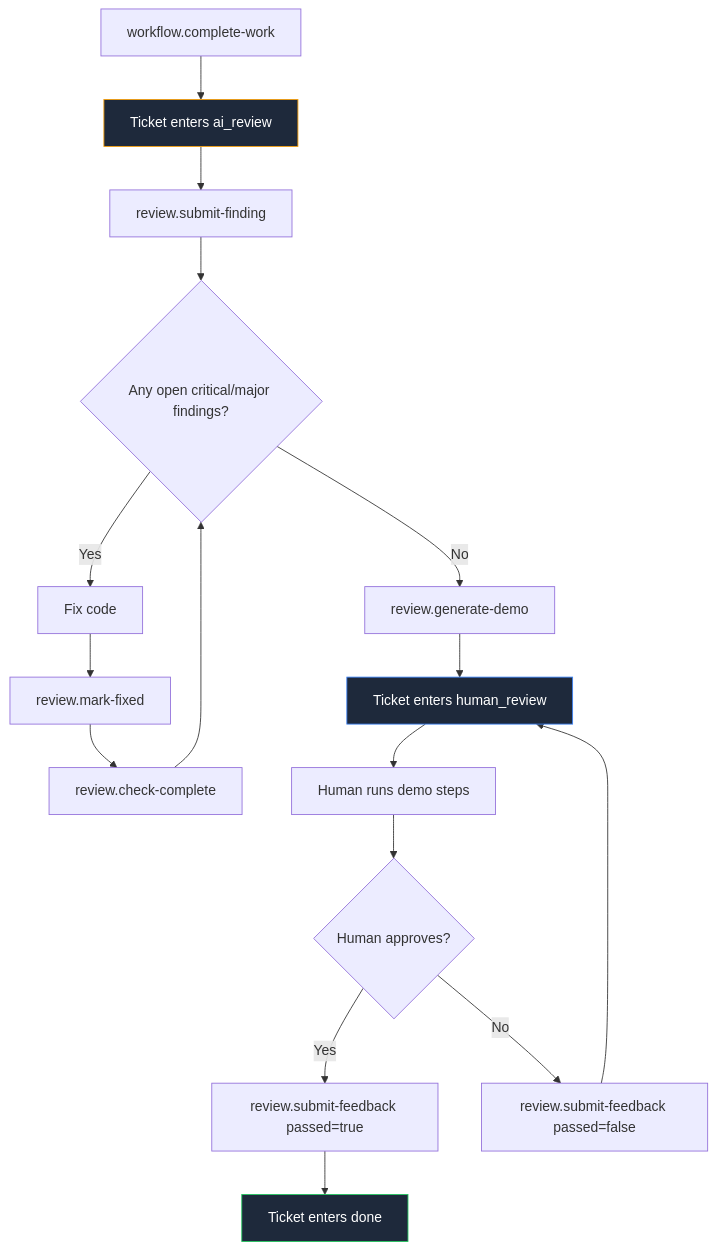
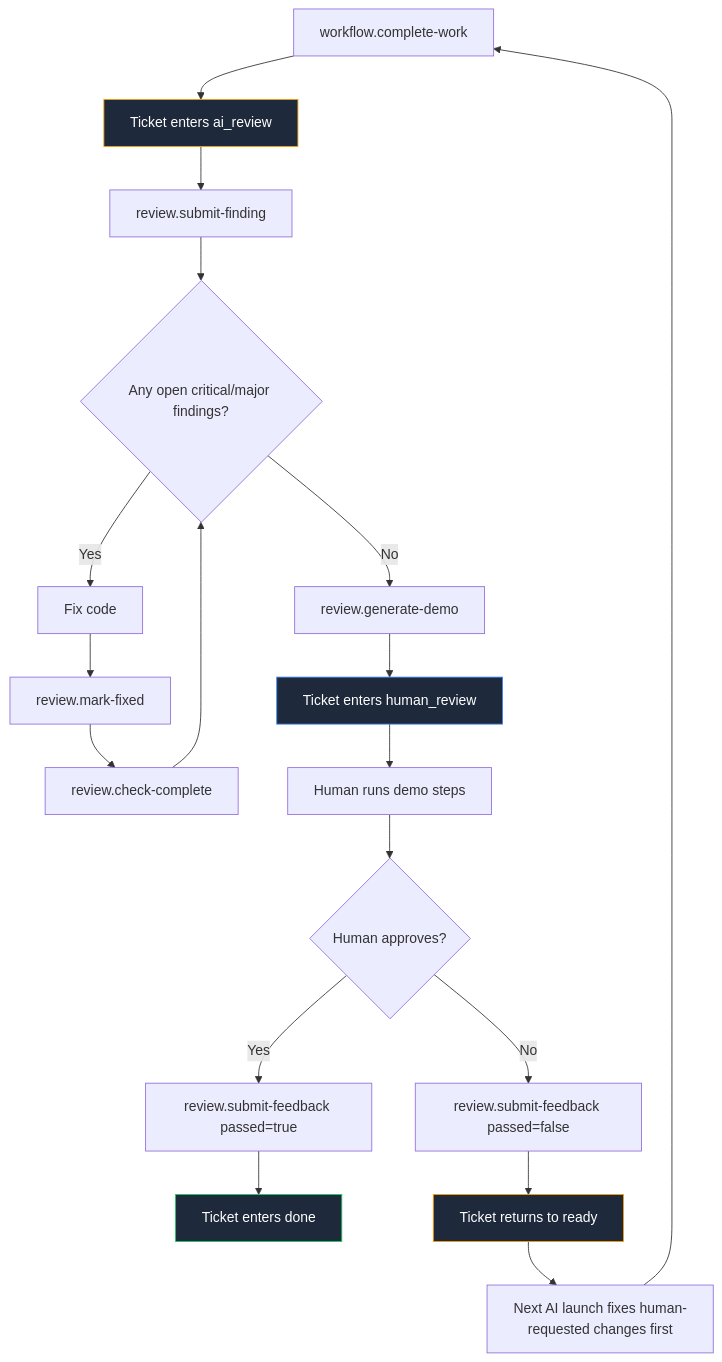
One commit to salmanrrana/brain-dump changed the eighth of 14 diagrams in docs/universal-quality-workflow-per-provider-diagrams.md. Above: the diagram before and after it, drawn with Mermaid. The commit also changed other lines of this file and 2 other files, not shown here.

Commit message:
feat(d1900aeb): document human review rework loop

````diff
--- a/docs/universal-quality-workflow-per-provider-diagrams.md
+++ b/docs/universal-quality-workflow-per-provider-diagrams.md
@@ -312,24 +327,27 @@
 ```mermaid
 flowchart TB
     A["workflow.complete-work"] --> B["Ticket enters ai_review"]
     B --> C["review.submit-finding"]
     C --> D{"Any open critical/major findings?"}
 
     D -->|Yes| E["Fix code"]
     E --> F["review.mark-fixed"]
     F --> G["review.check-complete"]
     G --> D
 
     D -->|No| H["review.generate-demo"]
     H --> I["Ticket enters human_review"]
     I --> J["Human runs demo steps"]
     J --> K{"Human approves?"}
     K -->|Yes| L["review.submit-feedback passed=true"]
     L --> M["Ticket enters done"]
     K -->|No| N["review.submit-feedback passed=false"]
-    N --> I
+    N --> O["Ticket returns to ready"]
+    O --> P["Next AI launch fixes human-requested changes first"]
+    P --> A
 
     style B fill:#1e293b,stroke:#f59e0b,color:#fff
+    style O fill:#1e293b,stroke:#f59e0b,color:#fff
     style I fill:#1e293b,stroke:#3b82f6,color:#fff
     style M fill:#1e293b,stroke:#22c55e,color:#fff
 ```
````
